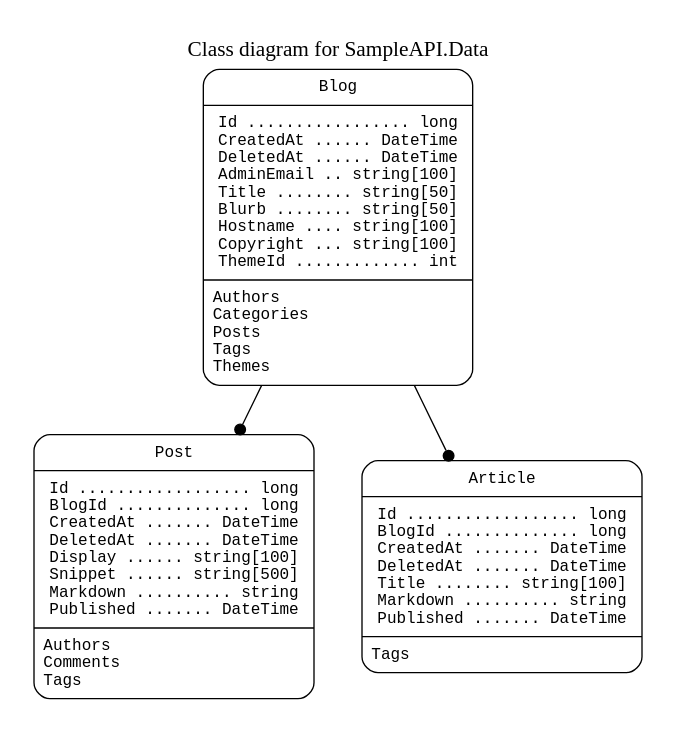
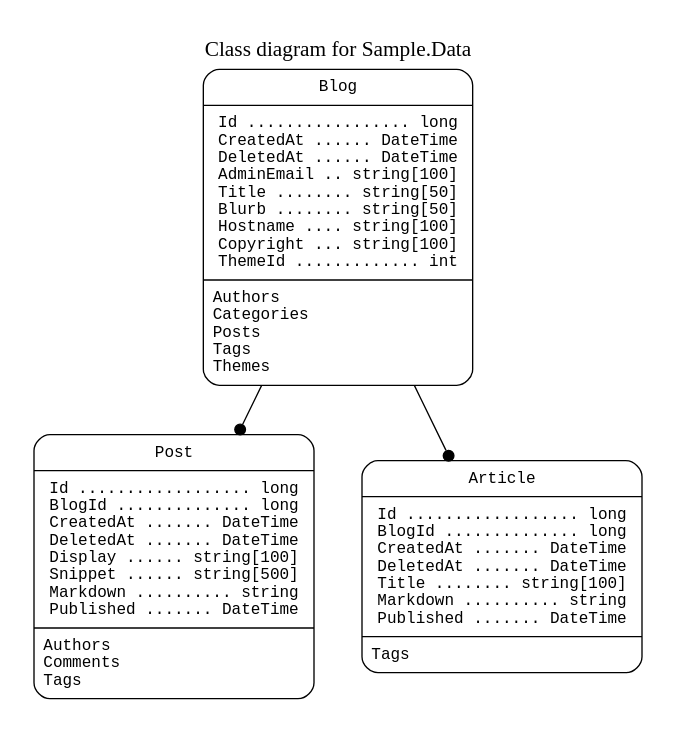
The diagram in README.md (kcartlidge/Newt), drawn with Graphviz before and after one commit. The commit also changed other lines of this file and 54 other files, not shown here.

````diff
--- a/README.md
+++ b/README.md
@@ -314,38 +369,38 @@
 ``` dot
 // GRAPHVIZ DEFINITION
 //
 // Example usage:
 //   dot -o schema.png -Tpng schema.dot
 //   dot -o schema.svg -Tsvg schema.dot
 
 digraph {
-  label = "Class diagram for SampleAPI.Data"
+  label = "Class diagram for Sample.Data"
   labelloc = "top"
   fontname = "Verdana"
   fontsize = 16
   nodesep = 0.5
   ranksep = 0.5
   pad = 0.25
 
   node[
     fontname = "Monospace"
     fontsize = 12
     shape = "Mrecord"
     width = 1.5
     margin = "0.1,0.1"
   ]
 
   edge[
     arrowhead = "dot"
   ]
 
   // Classes.
   Blog [ label = "{Blog | Id ................. long\nCreatedAt ...... DateTime\nDeletedAt ...... DateTime\nAdminEmail .. string[100]\nTitle ........ string[50]\nBlurb ........ string[50]\nHostname .... string[100]\nCopyright ... string[100]\nThemeId ............. int\n | Authors\lCategories\lPosts\lTags\lThemes\l}}" ]
   Post [ label = "{Post | Id .................. long\nBlogId .............. long\nCreatedAt ....... DateTime\nDeletedAt ....... DateTime\nDisplay ...... string[100]\nSnippet ...... string[500]\nMarkdown .......... string\nPublished ....... DateTime\n | Authors\lComments\lTags\l}}" ]
   Article [ label = "{Article | Id .................. long\nBlogId .............. long\nCreatedAt ....... DateTime\nDeletedAt ....... DateTime\nTitle ........ string[100]\nMarkdown .......... string\nPublished ....... DateTime\n | Tags\l}}" ]
 
   // Foreign keys.
   Blog -> Post
   Blog -> Article
 }
 ```
````
